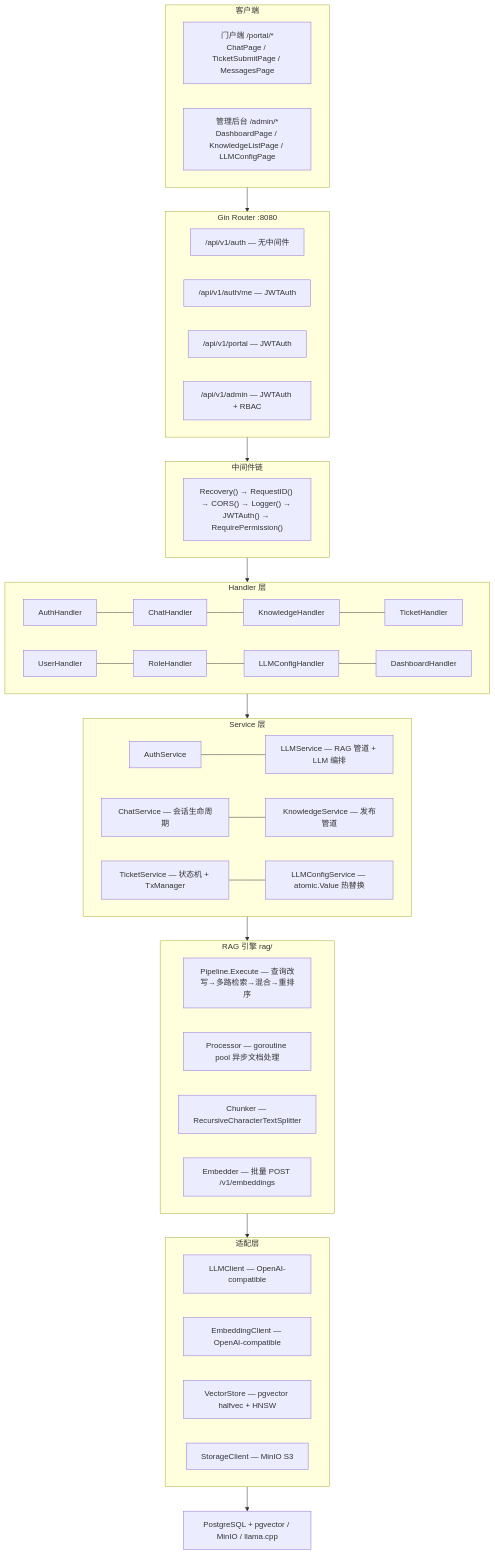
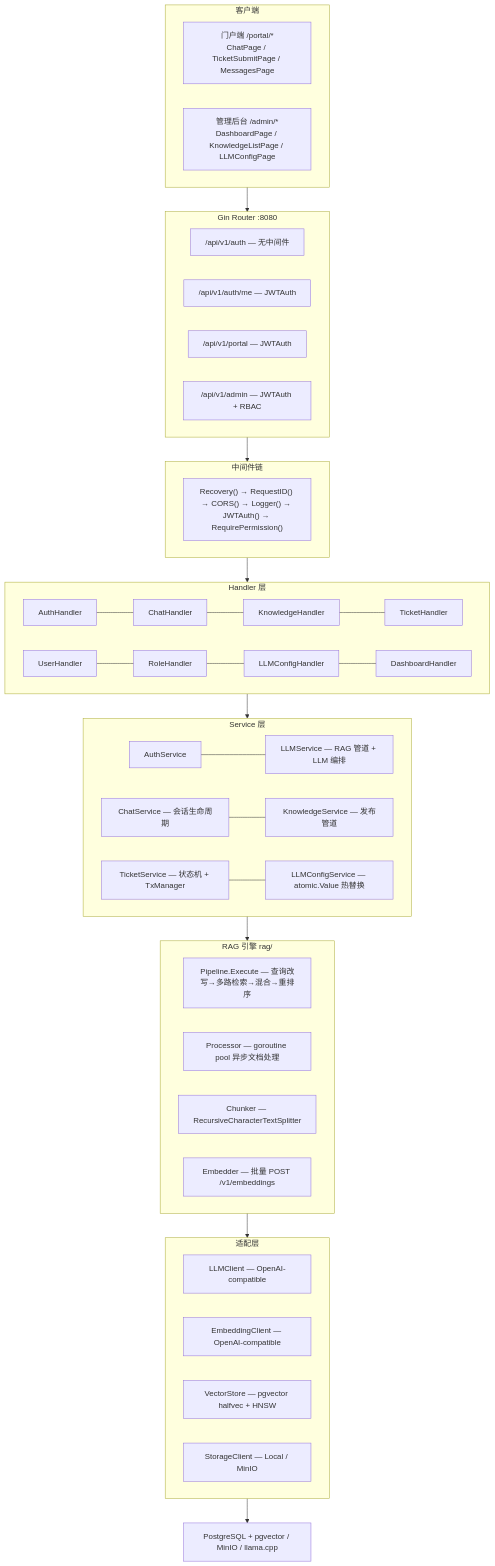
One commit to int2t05/Cognik changed the first of 10 diagrams in docs/TECH.md. Above: the diagram before and after it, drawn with Mermaid. The commit also changed other lines of this file and 27 other files, not shown here.

````diff
--- a/docs/TECH.md
+++ b/docs/TECH.md
@@ -9,46 +9,46 @@
 ```mermaid
 flowchart TB
     subgraph Client["客户端"]
         Portal["门户端 /portal/*<br/>ChatPage / TicketSubmitPage / MessagesPage"]
         Admin["管理后台 /admin/*<br/>DashboardPage / KnowledgeListPage / LLMConfigPage"]
     end
 
     subgraph Router["Gin Router :8080"]
         Public["/api/v1/auth — 无中间件"]
         JWTGroup["/api/v1/auth/me — JWTAuth"]
         PortalGroup["/api/v1/portal — JWTAuth"]
         AdminGroup["/api/v1/admin — JWTAuth + RBAC"]
     end
 
     subgraph MW["中间件链"]
         Recovery["Recovery() → RequestID() → CORS() → Logger() → JWTAuth() → RequirePermission()"]
     end
 
     subgraph Handler["Handler 层"]
         AH["AuthHandler"] --- CH["ChatHandler"] --- KH["KnowledgeHandler"] --- TH["TicketHandler"]
         UH["UserHandler"] --- RH["RoleHandler"] --- LH["LLMConfigHandler"] --- DH["DashboardHandler"]
     end
 
     subgraph Service["Service 层"]
         AuthSvc["AuthService"] --- LLMSvc["LLMService — RAG 管道 + LLM 编排"]
         ChatSvc["ChatService — 会话生命周期"] --- KnowledgeSvc["KnowledgeService — 发布管道"]
         TicketSvc["TicketService — 状态机 + TxManager"] --- LLMCfgSvc["LLMConfigService — atomic.Value 热替换"]
     end
 
     subgraph RAG["RAG 引擎 rag/"]
         Pipeline["Pipeline.Execute — 查询改写→多路检索→混合→重排序"]
         Processor["Processor — goroutine pool 异步文档处理"]
         Chunker["Chunker — RecursiveCharacterTextSplitter"]
         Embedder["Embedder — 批量 POST /v1/embeddings"]
     end
 
     subgraph Adapter["适配层"]
         LLM["LLMClient — OpenAI-compatible"]
         EMB["EmbeddingClient — OpenAI-compatible"]
         VEC["VectorStore — pgvector halfvec + HNSW"]
-        STO["StorageClient — MinIO S3"]
+        STO["StorageClient — Local / MinIO"]
     end
 
     Client --> Router --> MW --> Handler --> Service --> RAG --> Adapter
     Adapter --> Infra["PostgreSQL + pgvector / MinIO / llama.cpp"]
 ```
````
